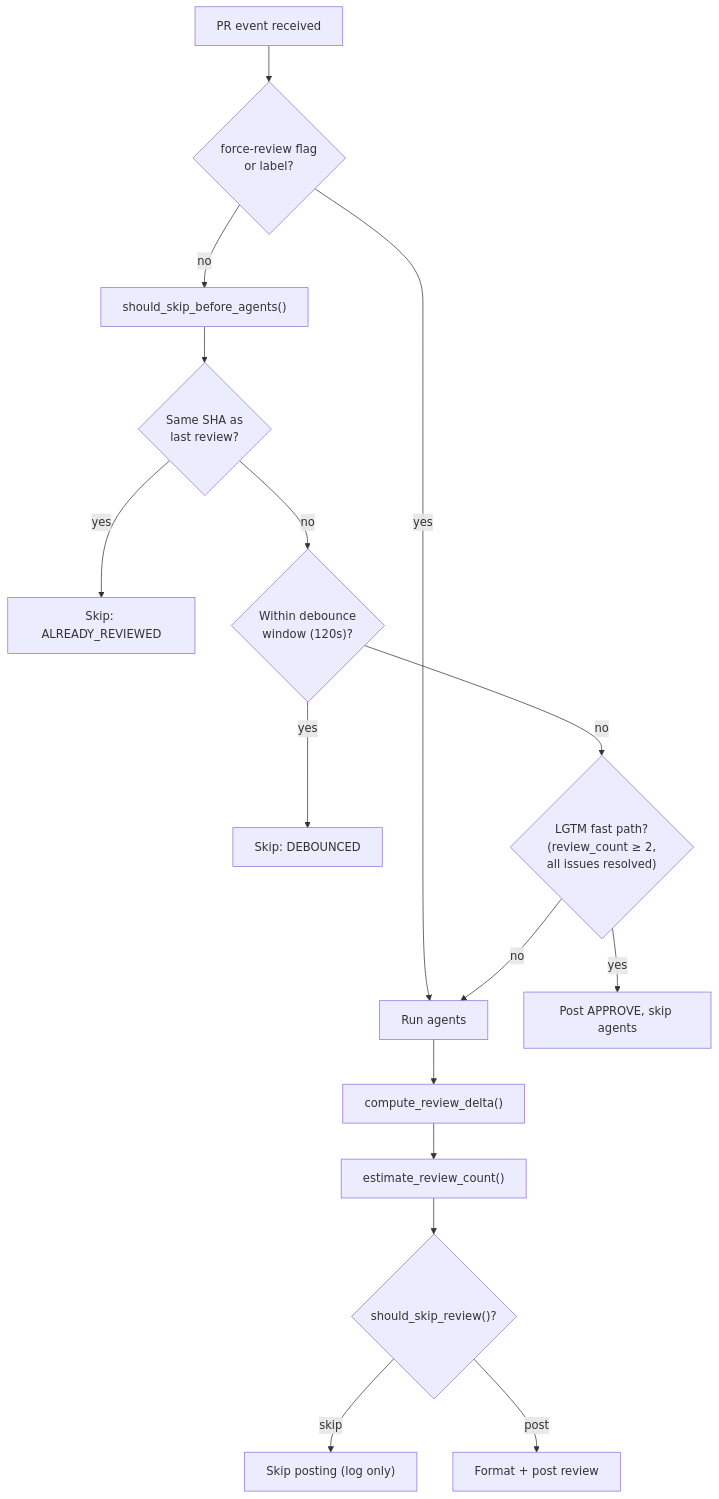
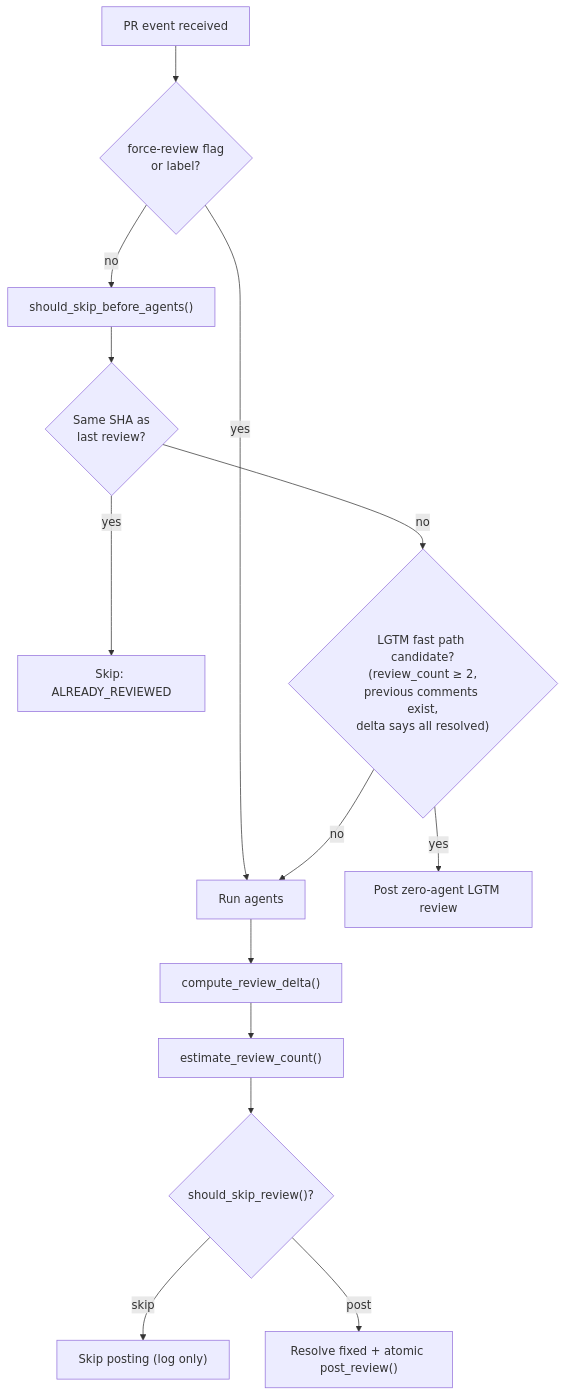
The fifth of 5 diagrams in docs/ARCHITECTURE.md (calimero-network/ai-code-reviewer), drawn with Mermaid before and after one commit. The commit also changed other lines of this file, not shown here.

First line of the commit message:
docs: update architecture documentation to clarify review process and LGTM logic

````diff
--- a/docs/ARCHITECTURE.md
+++ b/docs/ARCHITECTURE.md
@@ -278,19 +293,17 @@
 ```mermaid
 flowchart TD
     Start["PR event received"]
     Start --> Force{"force-review flag\nor label?"}
     Force -- yes --> RunAgents["Run agents"]
     Force -- no --> PreAgent["should_skip_before_agents()"]
     PreAgent --> SameSHA{"Same SHA as\nlast review?"}
     SameSHA -- yes --> SkipAlready["Skip: ALREADY_REVIEWED"]
-    SameSHA -- no --> Debounce{"Within debounce\nwindow (120s)?"}
-    Debounce -- yes --> SkipDebounce["Skip: DEBOUNCED"]
-    Debounce -- no --> LGTM{"LGTM fast path?\n(review_count ≥ 2,\nall issues resolved)"}
-    LGTM -- yes --> Approve["Post APPROVE, skip agents"]
+    SameSHA -- no --> LGTM{"LGTM fast path candidate?\n(review_count ≥ 2,\nprevious comments exist,\ndelta says all resolved)"}
+    LGTM -- yes --> Approve["Post zero-agent LGTM review"]
     LGTM -- no --> RunAgents
     RunAgents --> Delta["compute_review_delta()"]
     Delta --> EstCount["estimate_review_count()"]
     EstCount --> ShouldSkip{"should_skip_review()?"}
     ShouldSkip -- skip --> Silent["Skip posting (log only)"]
-    ShouldSkip -- post --> Format["Format + post review"]
+    ShouldSkip -- post --> Format["Resolve fixed + atomic post_review()"]
 ```
````
